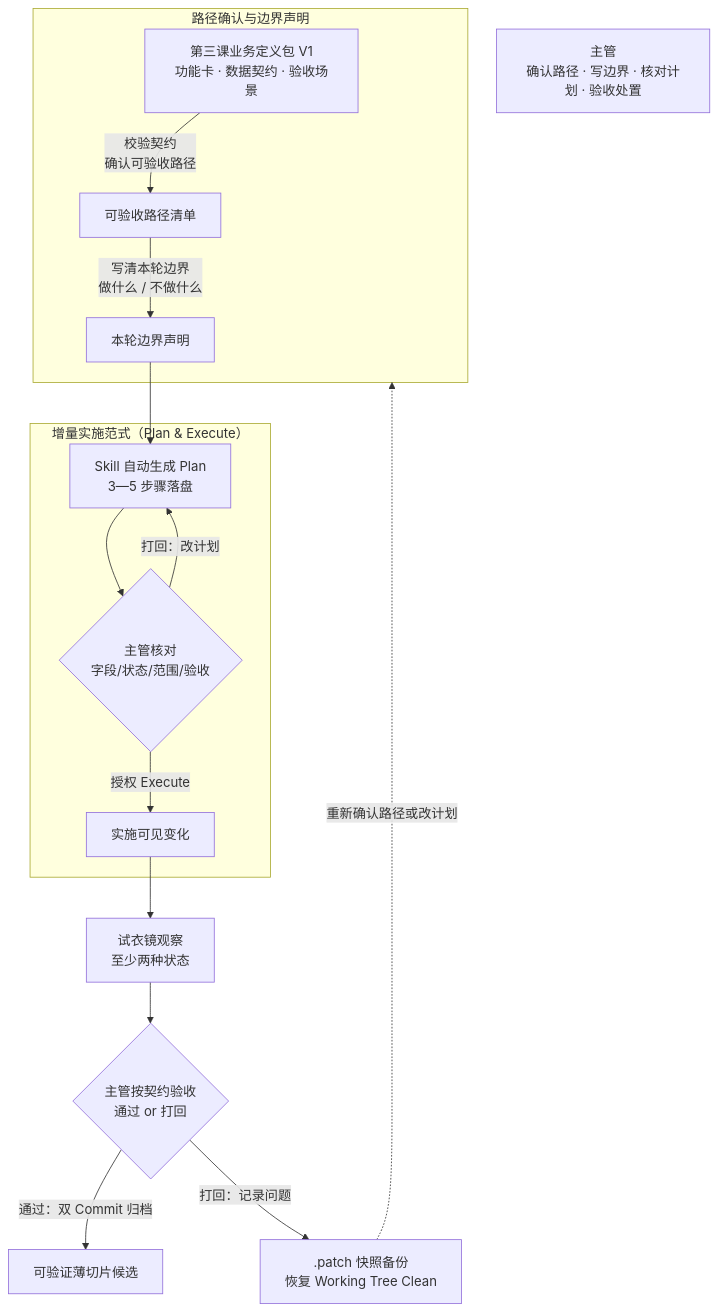
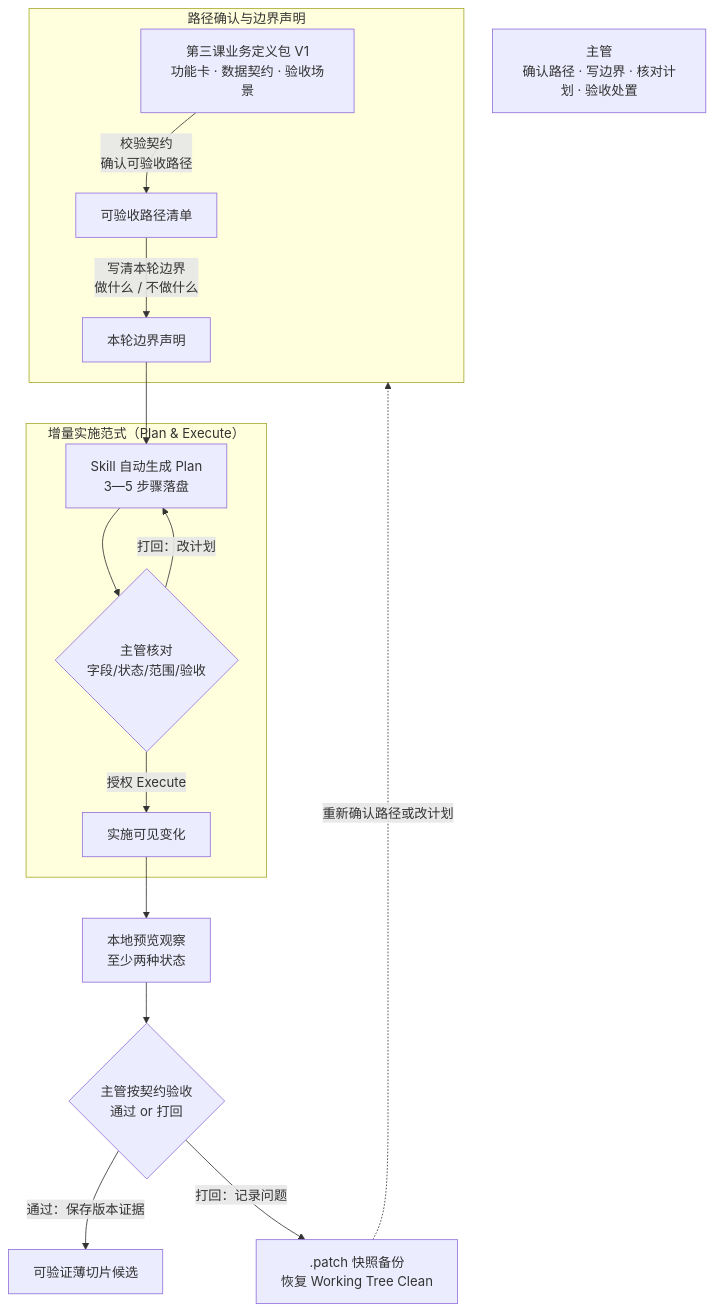
The diagram in lessons/LESSON_04_GUIDE.md (fishfuuu/ai-business-prototype-bootcamp), drawn with Mermaid before and after one commit. The commit also changed other lines of this file and 34 other files, not shown here.

````diff
--- a/lessons/LESSON_04_GUIDE.md
+++ b/lessons/LESSON_04_GUIDE.md
@@ -30,23 +30,23 @@
 ```mermaid
 flowchart TB
     H["主管<br/>确认路径 · 写边界 · 核对计划 · 验收处置"]
     C["第三课业务定义包 V1<br/>功能卡 · 数据契约 · 验收场景"]
     subgraph S["路径确认与边界声明"]
         C -->|"校验契约<br/>确认可验收路径"| L["可验收路径清单"]
         L -->|"写清本轮边界<br/>做什么 / 不做什么"| P["本轮边界声明"]
     end
     subgraph E["增量实施范式（Plan & Execute）"]
         A["Skill 自动生成 Plan<br/>3—5 步骤落盘"]
         K{"主管核对<br/>字段/状态/范围/验收"}
         A --> K
         K -- "授权 Execute" --> I["实施可见变化"]
         K -- "打回：改计划" --> A
     end
     P --> A
-    I --> V["试衣镜观察<br/>至少两种状态"]
+    I --> V["本地预览观察<br/>至少两种状态"]
     J{"主管按契约验收<br/>通过 or 打回"}
     V --> J
-    J -- "通过：双 Commit 归档" --> R["可验证薄切片候选"]
+    J -- "通过：保存版本证据" --> R["可验证薄切片候选"]
     J -- "打回：记录问题" --> F[".patch 快照备份<br/>恢复 Working Tree Clean"]
     F -. "重新确认路径或改计划" .-> S
 ```
````
